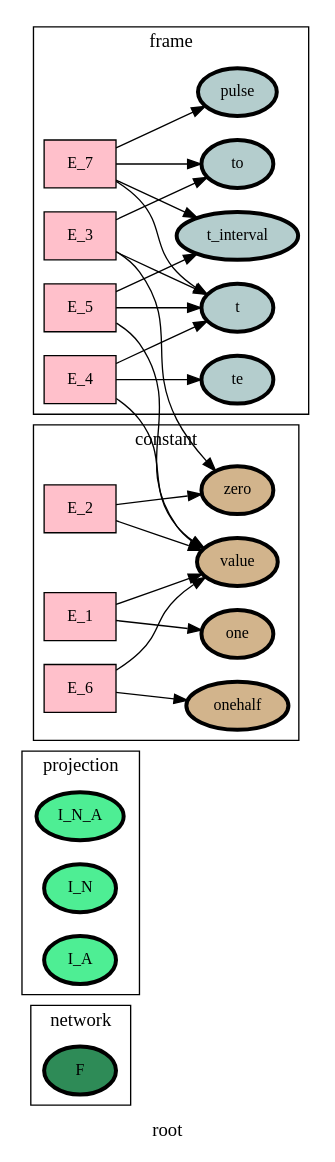
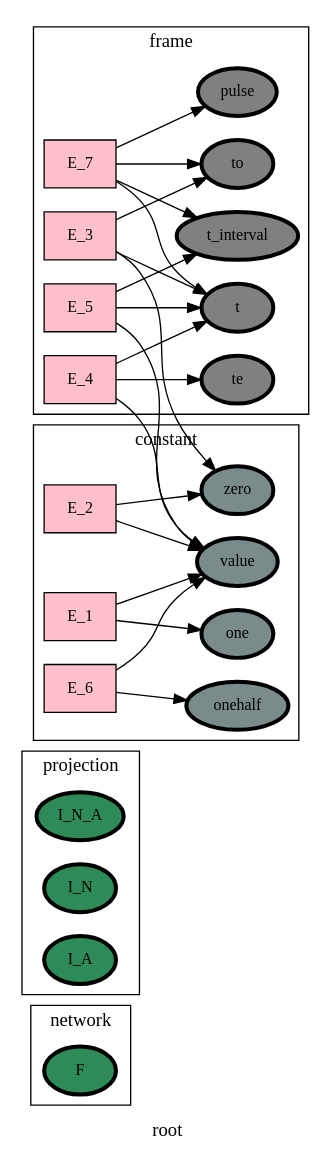
One commit to heinz-preisig/sandbox21 changed the diagram in ontology_graphs/graph__root.dot. Above: the diagram before and after it, drawn with Graphviz. The commit also changed 408 other files, not shown here.

```diff
--- a/ontology_graphs/graph__root.dot
+++ b/ontology_graphs/graph__root.dot
@@ -1,68 +1,68 @@
 digraph root {
 label=root;
 rankdir=LR;
 subgraph cluster_root___network {
 label=network;
 rankdir=LR;
-V_10 [fillcolor=seagreen4, fontsize=12, label=F, penwidth=3, style=filled];
+V_10 [fillcolor=seagreen, fontsize=12, label=F, penwidth=3, style=filled];
 }
 
 subgraph cluster_root___projection {
 label=projection;
 rankdir=LR;
-V_48 [fillcolor=seagreen2, fontsize=12, label=I_N_A, penwidth=3, style=filled];
-V_96 [fillcolor=seagreen2, fontsize=12, label=I_N, penwidth=3, style=filled];
-V_97 [fillcolor=seagreen2, fontsize=12, label=I_A, penwidth=3, style=filled];
+V_48 [fillcolor=seagreen4, fontsize=12, label=I_N_A, penwidth=3, style=filled];
+V_96 [fillcolor=seagreen4, fontsize=12, label=I_N, penwidth=3, style=filled];
+V_97 [fillcolor=seagreen4, fontsize=12, label=I_A, penwidth=3, style=filled];
 }
 
 E_3 -> V_3  [splines=ortho];
 E_3 -> V_4  [splines=ortho];
 E_4 -> V_1  [splines=ortho];
 E_4 -> V_4  [splines=ortho];
 E_5 -> V_1  [splines=ortho];
 E_5 -> V_4  [splines=ortho];
 E_7 -> V_4  [splines=ortho];
 E_7 -> V_5  [splines=ortho];
 E_7 -> V_7  [splines=ortho];
 subgraph cluster_root___frame {
 label=frame;
 rankdir=LR;
-V_4 [fillcolor=lightcyan3, fontsize=12, label=t, penwidth=3, style=filled];
-V_5 [fillcolor=lightcyan3, fontsize=12, label=to, penwidth=3, style=filled];
-V_6 [fillcolor=lightcyan3, fontsize=12, label=te, penwidth=3, style=filled];
-V_7 [fillcolor=lightcyan3, fontsize=12, label=t_interval, penwidth=3, style=filled];
-V_9 [fillcolor=lightcyan3, fontsize=12, label=pulse, penwidth=3, style=filled];
+V_4 [fillcolor=grey, fontsize=12, label=t, penwidth=3, style=filled];
+V_5 [fillcolor=grey, fontsize=12, label=to, penwidth=3, style=filled];
+V_6 [fillcolor=grey, fontsize=12, label=te, penwidth=3, style=filled];
+V_7 [fillcolor=grey, fontsize=12, label=t_interval, penwidth=3, style=filled];
+V_9 [fillcolor=grey, fontsize=12, label=pulse, penwidth=3, style=filled];
 E_3 [fillcolor=pink, fontsize=12, shape=box, style=filled];
 E_3 -> V_5  [splines=ortho];
 E_4 [fillcolor=pink, fontsize=12, shape=box, style=filled];
 E_4 -> V_6  [splines=ortho];
 E_5 [fillcolor=pink, fontsize=12, shape=box, style=filled];
 E_5 -> V_7  [splines=ortho];
 E_7 [fillcolor=pink, fontsize=12, shape=box, style=filled];
 E_7 -> V_9  [splines=ortho];
 }
 
 subgraph cluster_root___state {
 label=state;
 rankdir=LR;
 }
 
 E_1 -> V_1  [splines=ortho];
 E_2 -> V_1  [splines=ortho];
 E_6 -> V_1  [splines=ortho];
 subgraph cluster_root___constant {
 label=constant;
 rankdir=LR;
-V_1 [fillcolor=tan, fontsize=12, label=value, penwidth=3, style=filled];
-V_2 [fillcolor=tan, fontsize=12, label=one, penwidth=3, style=filled];
-V_3 [fillcolor=tan, fontsize=12, label=zero, penwidth=3, style=filled];
-V_8 [fillcolor=tan, fontsize=12, label=onehalf, penwidth=3, style=filled];
+V_1 [fillcolor=lightcyan4, fontsize=12, label=value, penwidth=3, style=filled];
+V_2 [fillcolor=lightcyan4, fontsize=12, label=one, penwidth=3, style=filled];
+V_3 [fillcolor=lightcyan4, fontsize=12, label=zero, penwidth=3, style=filled];
+V_8 [fillcolor=lightcyan4, fontsize=12, label=onehalf, penwidth=3, style=filled];
 E_1 [fillcolor=pink, fontsize=12, shape=box, style=filled];
 E_1 -> V_2  [splines=ortho];
 E_2 [fillcolor=pink, fontsize=12, shape=box, style=filled];
 E_2 -> V_3  [splines=ortho];
 E_6 [fillcolor=pink, fontsize=12, shape=box, style=filled];
 E_6 -> V_8  [splines=ortho];
 }
 
 }
```
